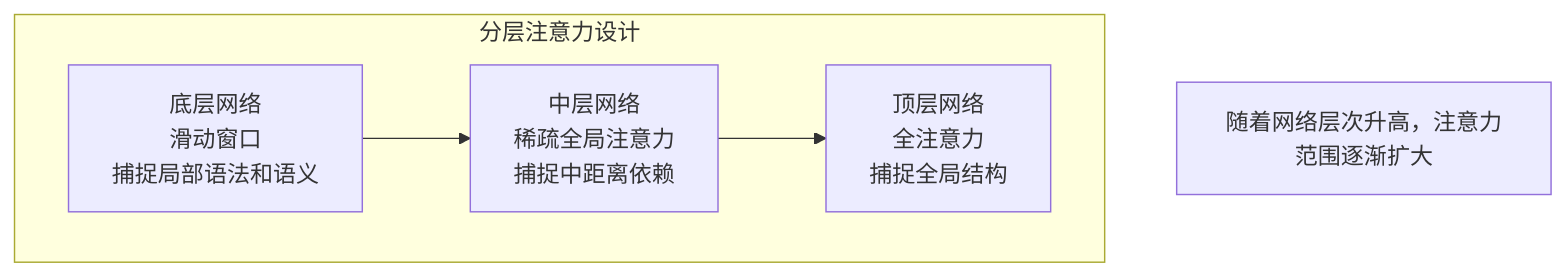
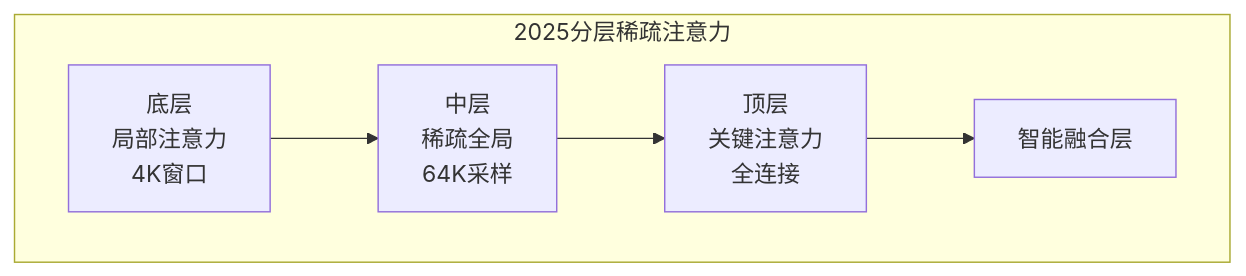
Before and after one commit to Xunzhuo/mini-sglang: the fourth of 5 diagrams in learning/website/docs/basics/22-long-context.md, drawn with Mermaid. The commit also changed other lines of this file and 5 other files, not shown here.

````diff
--- a/learning/website/docs/basics/22-long-context.md
+++ b/learning/website/docs/basics/22-long-context.md
@@ -260,12 +300,8 @@
 ```mermaid
 graph TB
-    subgraph 分层注意力设计
-        L1[底层网络<br>滑动窗口<br>捕捉局部语法和语义]
-        L2[中层网络<br>稀疏全局注意力<br>捕捉中距离依赖]
-        L3[顶层网络<br>全注意力<br>捕捉全局结构]
+    subgraph "2025分层稀疏注意力"
+        L1[底层<br>局部注意力<br>4K窗口] --> L2[中层<br>稀疏全局<br>64K采样] 
+        L2 --> L3[顶层<br>关键注意力<br>全连接]
+        L3 --> Fusion[智能融合层]
     end
-    
-    L1 --> L2 --> L3
-    
-    note[随着网络层次升高，注意力范围逐渐扩大]
 ```
````
